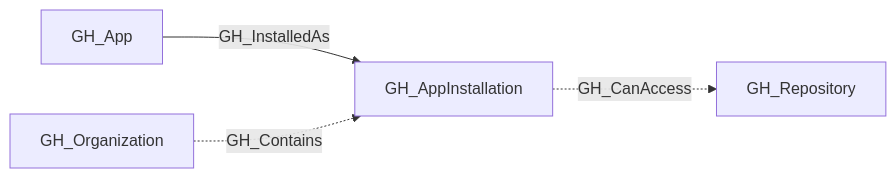
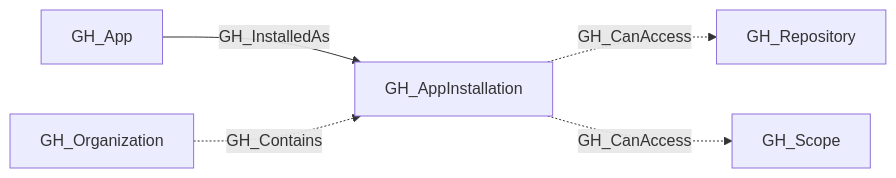
Before and after one commit to SpecterOps/openhound-github: the diagram in descriptions/nodes/GH_AppInstallation.md, drawn with Mermaid. The commit also changed other lines of this file and 44 other files, not shown here.

````diff
--- a/descriptions/nodes/GH_AppInstallation.md
+++ b/descriptions/nodes/GH_AppInstallation.md
@@ -40,10 +40,12 @@
 ```mermaid
 graph LR
     n0["GH_App"]
     n1["GH_AppInstallation"]
     n2["GH_Repository"]
-    n3["GH_Organization"]
+    n3["GH_Scope"]
+    n4["GH_Organization"]
     n0 -->|GH_InstalledAs| n1
     n1 -.->|GH_CanAccess| n2
-    n3 -.->|GH_Contains| n1
+    n1 -.->|GH_CanAccess| n3
+    n4 -.->|GH_Contains| n1
 ```
````
